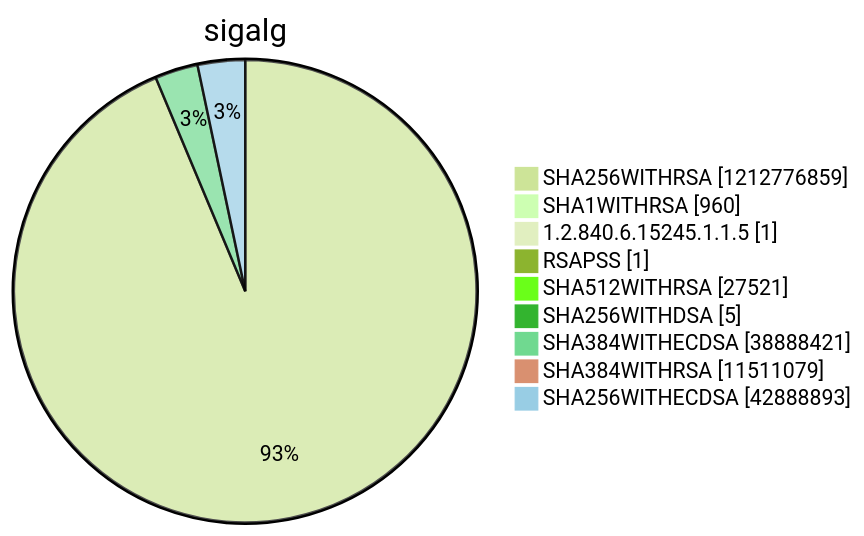
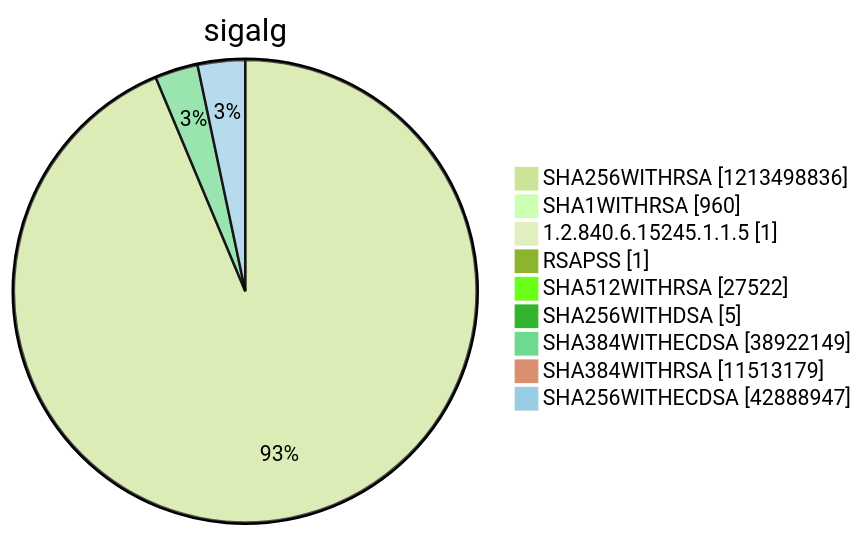
Before and after one commit to christiankrug/ctmonitor_visualization: diagram 15 of 15 in argon2022/README.md, drawn with Mermaid (forest theme). The commit also changed other lines of this file, not shown here.

````diff
--- a/argon2022/README.md
+++ b/argon2022/README.md
@@ -5520,13 +5520,13 @@
 ```mermaid
 pie showData
 title sigalg
-"SHA256WITHRSA" :1212776859
+"SHA256WITHRSA" :1213498836
 "SHA1WITHRSA" :960
 "1.2.840.6.15245.1.1.5" :1
 "RSAPSS" :1
-"SHA512WITHRSA" :27521
+"SHA512WITHRSA" :27522
 "SHA256WITHDSA" :5
-"SHA384WITHECDSA" :38888421
-"SHA384WITHRSA" :11511079
-"SHA256WITHECDSA" :42888893
+"SHA384WITHECDSA" :38922149
+"SHA384WITHRSA" :11513179
+"SHA256WITHECDSA" :42888947
 ```
````
